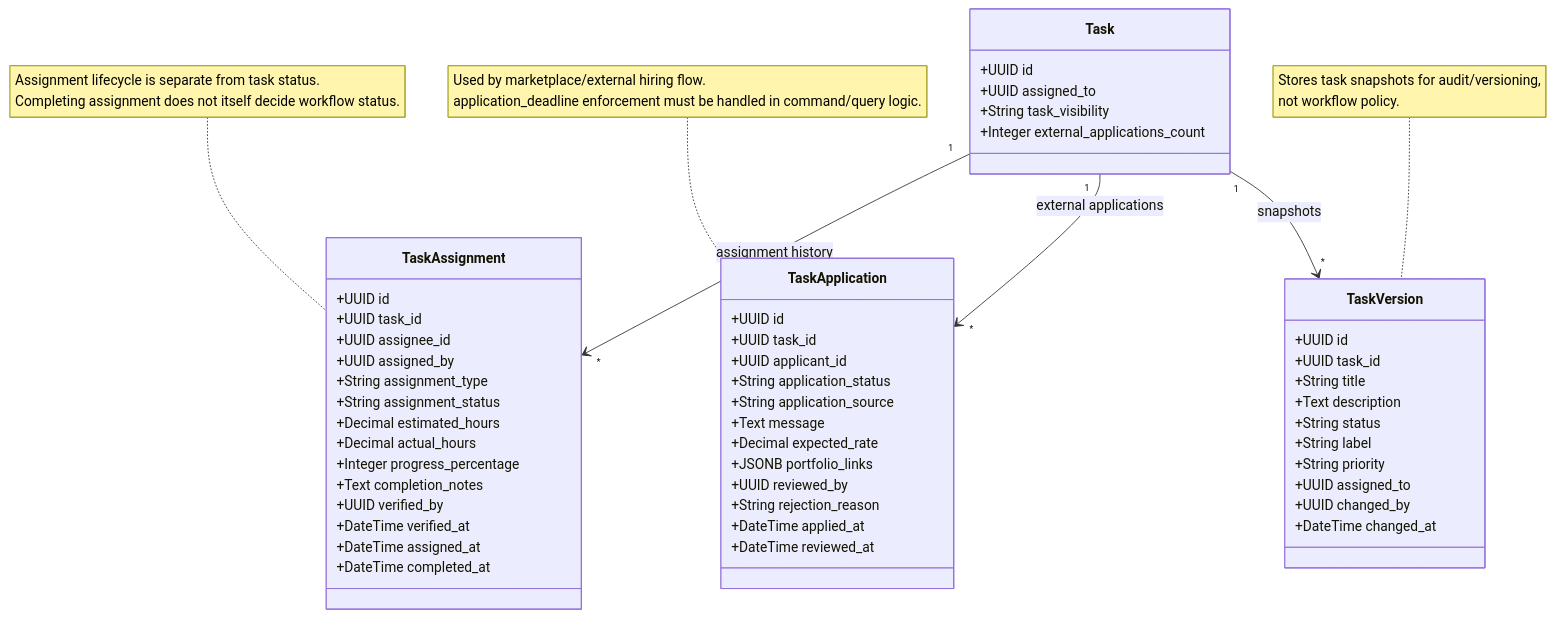
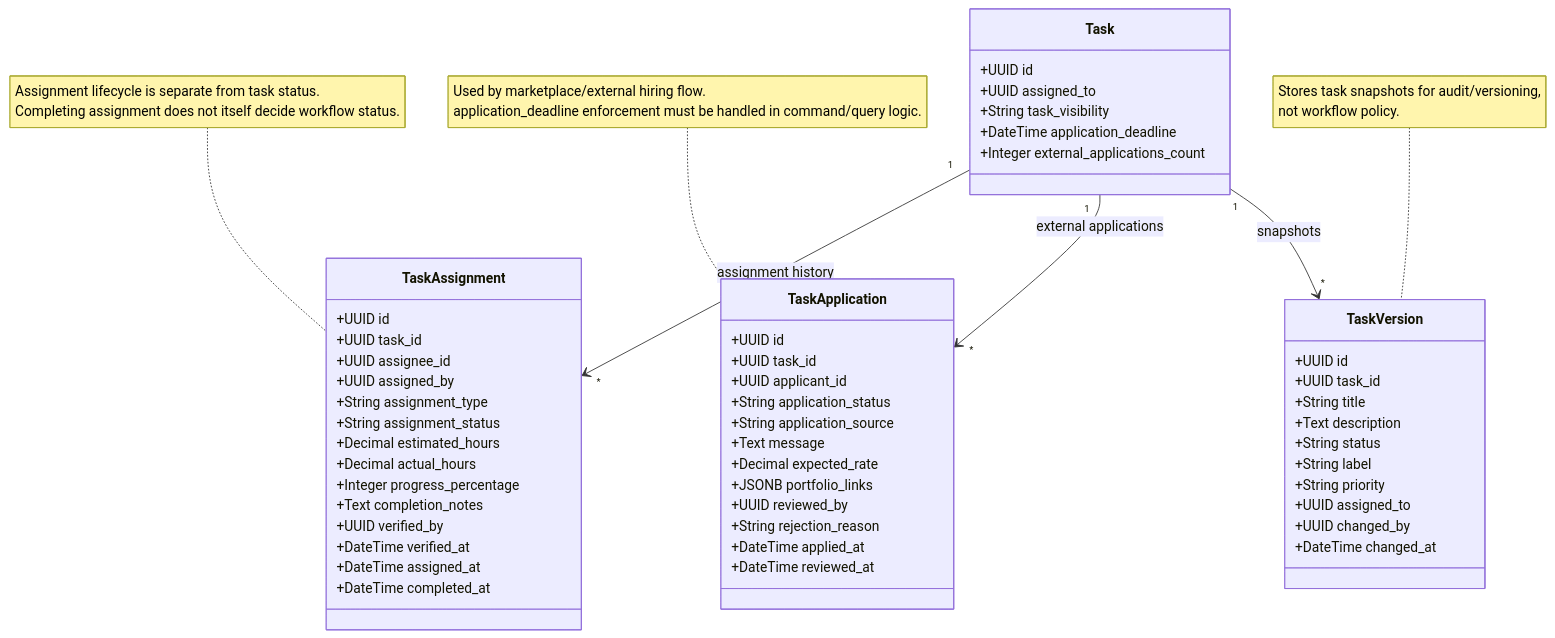
The diagram in diagram/Class/cls_02d_task_assignment_application.mmd (DuyetTN3112/Suar), drawn with Mermaid before and after one commit. The commit also changed 27 other files, not shown here.

Commit message:
docs(diagram): refresh core architecture diagrams

```diff
--- a/diagram/Class/cls_02d_task_assignment_application.mmd
+++ b/diagram/Class/cls_02d_task_assignment_application.mmd
@@ -1,66 +1,67 @@
 %% Class Diagram: Task Assignment and Application Detail
 %% Scope: Assignment, external application, and version snapshot only.
 
 classDiagram
     class Task {
         +UUID id
         +UUID assigned_to
         +String task_visibility
+        +DateTime application_deadline
         +Integer external_applications_count
     }
 
     class TaskAssignment {
         +UUID id
         +UUID task_id
         +UUID assignee_id
         +UUID assigned_by
         +String assignment_type
         +String assignment_status
         +Decimal estimated_hours
         +Decimal actual_hours
         +Integer progress_percentage
         +Text completion_notes
         +UUID verified_by
         +DateTime verified_at
         +DateTime assigned_at
         +DateTime completed_at
     }
 
     class TaskApplication {
         +UUID id
         +UUID task_id
         +UUID applicant_id
         +String application_status
         +String application_source
         +Text message
         +Decimal expected_rate
         +JSONB portfolio_links
         +UUID reviewed_by
         +String rejection_reason
         +DateTime applied_at
         +DateTime reviewed_at
     }
 
     class TaskVersion {
         +UUID id
         +UUID task_id
         +String title
         +Text description
         +String status
         +String label
         +String priority
         +UUID assigned_to
         +UUID changed_by
         +DateTime changed_at
     }
 
     Task "1" --> "*" TaskAssignment : assignment history
     Task "1" --> "*" TaskApplication : external applications
     Task "1" --> "*" TaskVersion : snapshots
 
     note for TaskAssignment "Assignment lifecycle is separate from task status.
     Completing assignment does not itself decide workflow status."
     note for TaskApplication "Used by marketplace/external hiring flow.
     application_deadline enforcement must be handled in command/query logic."
     note for TaskVersion "Stores task snapshots for audit/versioning,
     not workflow policy."
```
